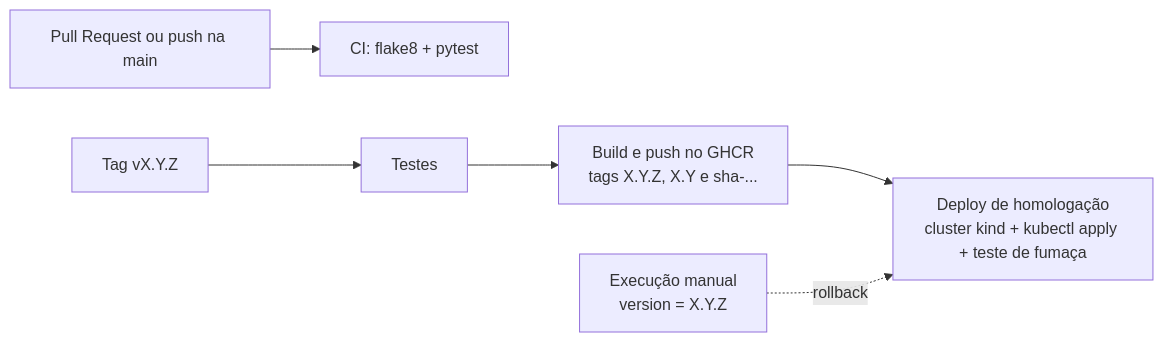
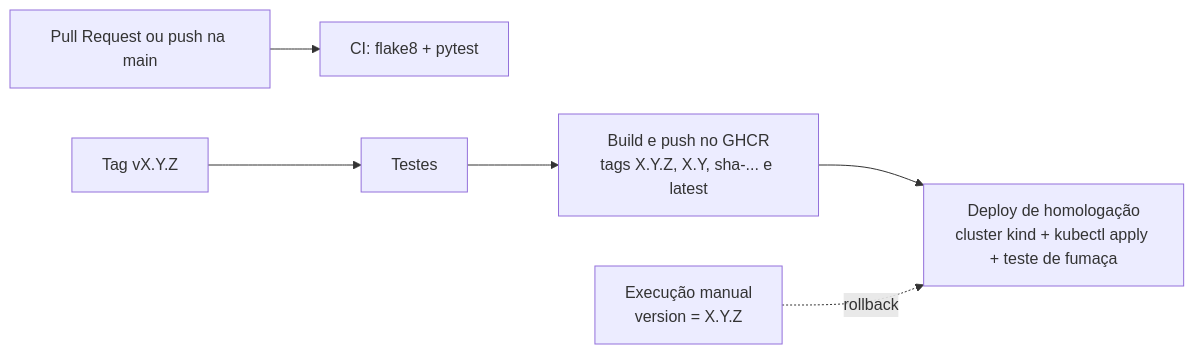
Before and after one commit to Gaveta-cmd/integracao-continua-devops: the second of 2 diagrams in README.md, drawn with Mermaid. The commit also changed other lines of this file and 1 other file, not shown here.

Commit message:
docs: inclui a tag latest na lista de tags publicadas no GHCR

````diff
--- a/README.md
+++ b/README.md
@@ -59,6 +59,6 @@
 ```mermaid
 flowchart LR
     A["Pull Request ou push na main"] --> CI["CI: flake8 + pytest"]
-    T["Tag vX.Y.Z"] --> TE["Testes"] --> B["Build e push no GHCR<br/>tags X.Y.Z, X.Y e sha-..."] --> D["Deploy de homologação<br/>cluster kind + kubectl apply + teste de fumaça"]
+    T["Tag vX.Y.Z"] --> TE["Testes"] --> B["Build e push no GHCR<br/>tags X.Y.Z, X.Y, sha-... e latest"] --> D["Deploy de homologação<br/>cluster kind + kubectl apply + teste de fumaça"]
     R["Execução manual<br/>version = X.Y.Z"] -.->|"rollback"| D
 ```
````
